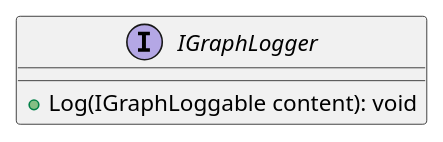
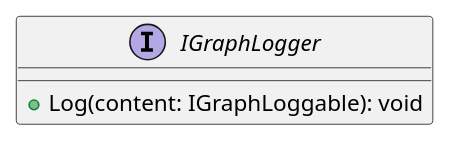
The diagram in presentation/architecture/puml/domain/IGraphLogger.puml (Sergho/circuits), drawn with PlantUML before and after one commit. The commit also changed 10 other files, not shown here.

Commit message:
fix plantuml diagram

```diff
--- a/presentation/architecture/puml/domain/IGraphLogger.puml
+++ b/presentation/architecture/puml/domain/IGraphLogger.puml
@@ -1,7 +1,7 @@
 @startuml IGraphLogger
 
 interface IGraphLogger {
-    + Log(IGraphLoggable content): void
+    + Log(content: IGraphLoggable): void
 }
 
 @enduml
```
